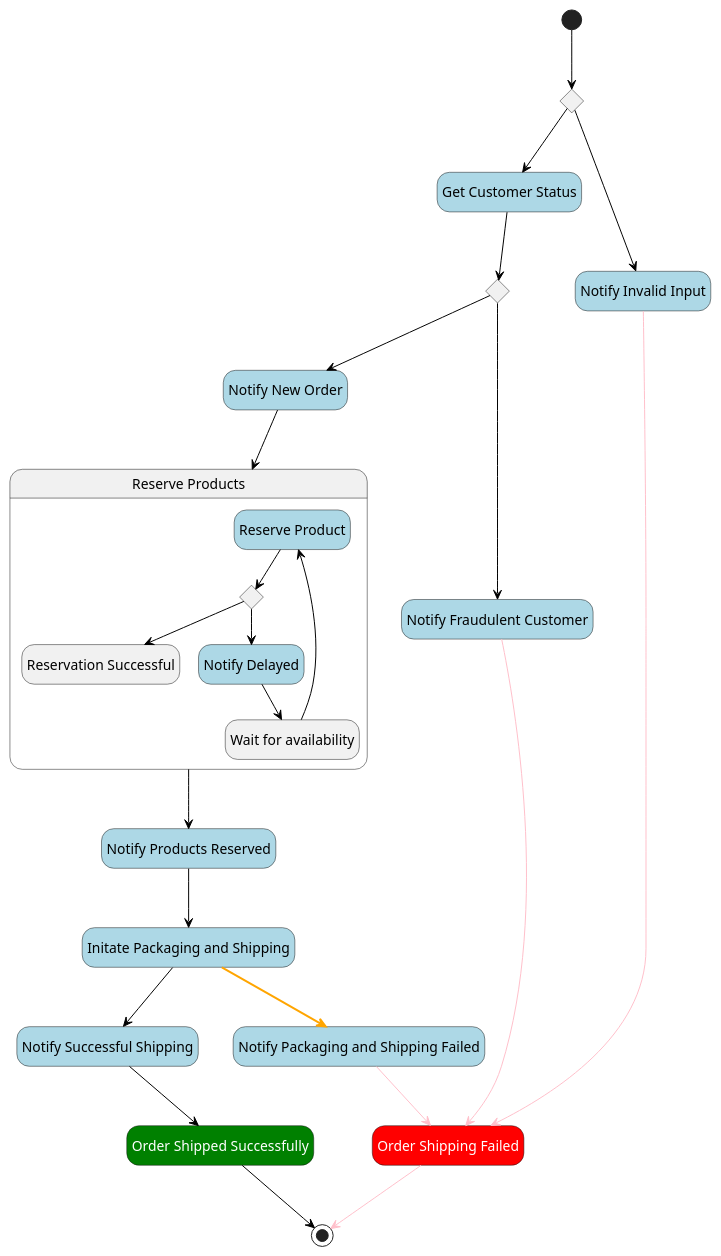
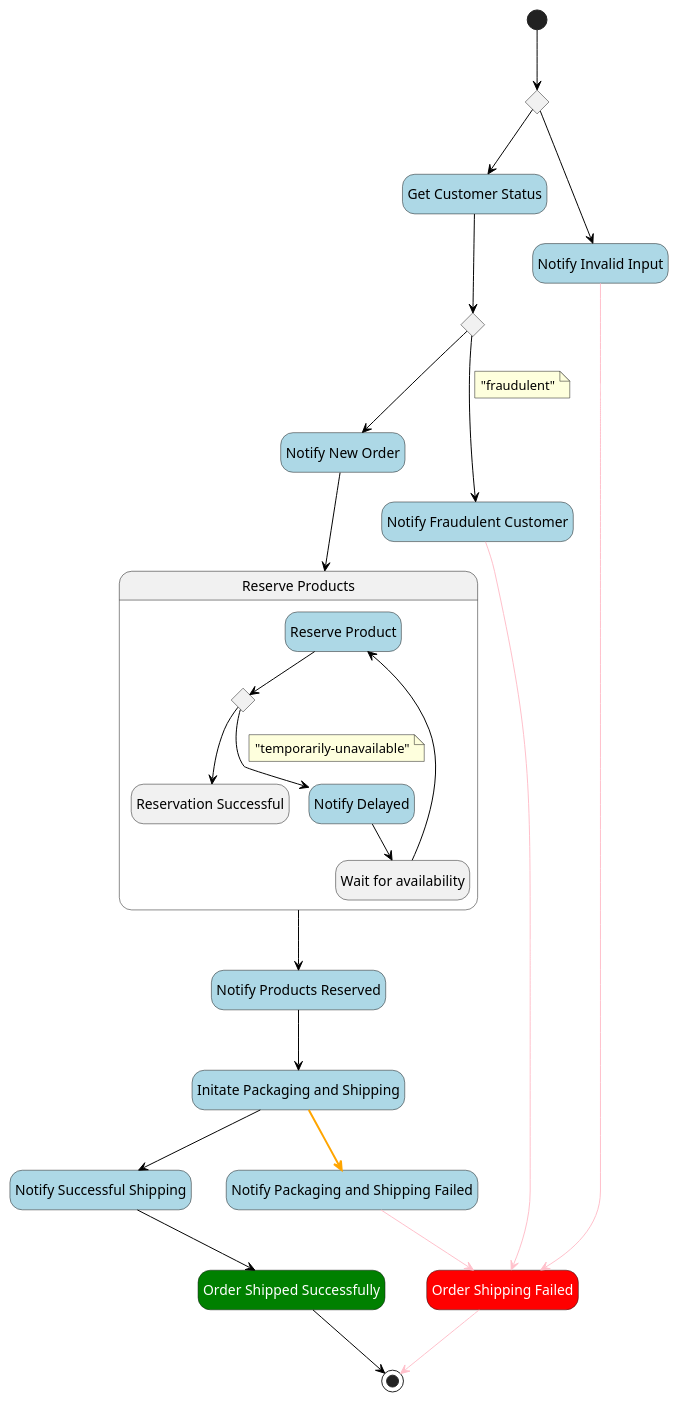
One commit to massfords/asl-puml changed the diagram in src/__tests__/pumls/aws-example-ship-order.asl.puml. Above: the diagram before and after it, drawn with PlantUML. The commit also changed 3 other files, not shown here.

```diff
--- a/src/__tests__/pumls/aws-example-ship-order.asl.puml
+++ b/src/__tests__/pumls/aws-example-ship-order.asl.puml
@@ -1,56 +1,62 @@
 @startuml
 hide empty description
 skinparam LineBackgroundColor #black
 skinparam ArrowColor #black
 skinparam state {
     BackgroundColor<<aslFail>> #red
     FontColor<<aslFail>> #white
 
     BackgroundColor<<aslTask>> #lightblue
     BackgroundColor<<Compensate>> #orange
 
     BackgroundColor<<aslSucceed>> #green
     FontColor<<aslSucceed>> #white
 }
 state "Validate Input" as state1<<Choice>>
 state "Get Customer Status" as state2<<aslTask>>
 state "Do Fraud Check" as state3<<Choice>>
 state "Notify New Order" as state4<<aslTask>>
 state "Reserve Products" as state5<<aslMap>> {
 state "Reserve Product" as state14<<aslTask>>
 state "Choice" as state15<<Choice>>
 state "Reservation Successful" as state16<<aslSucceedLocal>>
 state "Notify Delayed" as state17<<aslTask>>
 state "Wait for availability" as state18<<aslWait>>
 }
 state "Notify Products Reserved" as state6<<aslTask>>
 state "Initate Packaging and Shipping" as state7<<aslTask>>
 state "Notify Successful Shipping" as state8<<aslTask>>
 state "Notify Packaging and Shipping Failed" as state9<<aslTask>>
 state "Notify Fraudulent Customer" as state10<<aslTask>>
 state "Order Shipping Failed" as state11<<aslFail>>
 state "Order Shipped Successfully" as state12<<aslSucceed>>
 state "Notify Invalid Input" as state13<<aslTask>>
 [*] --> state1
 state1 --> state13
 state1 --> state2
 state2 --> state3
 state3 --> state10
+note on link
+"fraudulent"
+end note
 state3 --> state4
 state4 --> state5
 state5 --> state6
 state6 --> state7
 state7 --> state8
 state7 -[bold,#orange]-> state9
 state8 --> state12
 state9 -[#pink]-> state11
 state10 -[#pink]-> state11
 state11 -[#pink]-> [*]
 state12 --> [*]
 state13 -[#pink]-> state11
 state14 --> state15
 state15 --> state17
+note on link
+"temporarily-unavailable"
+end note
 state15 --> state16
 state17 --> state18
 state18 --> state14
 @enduml
```
